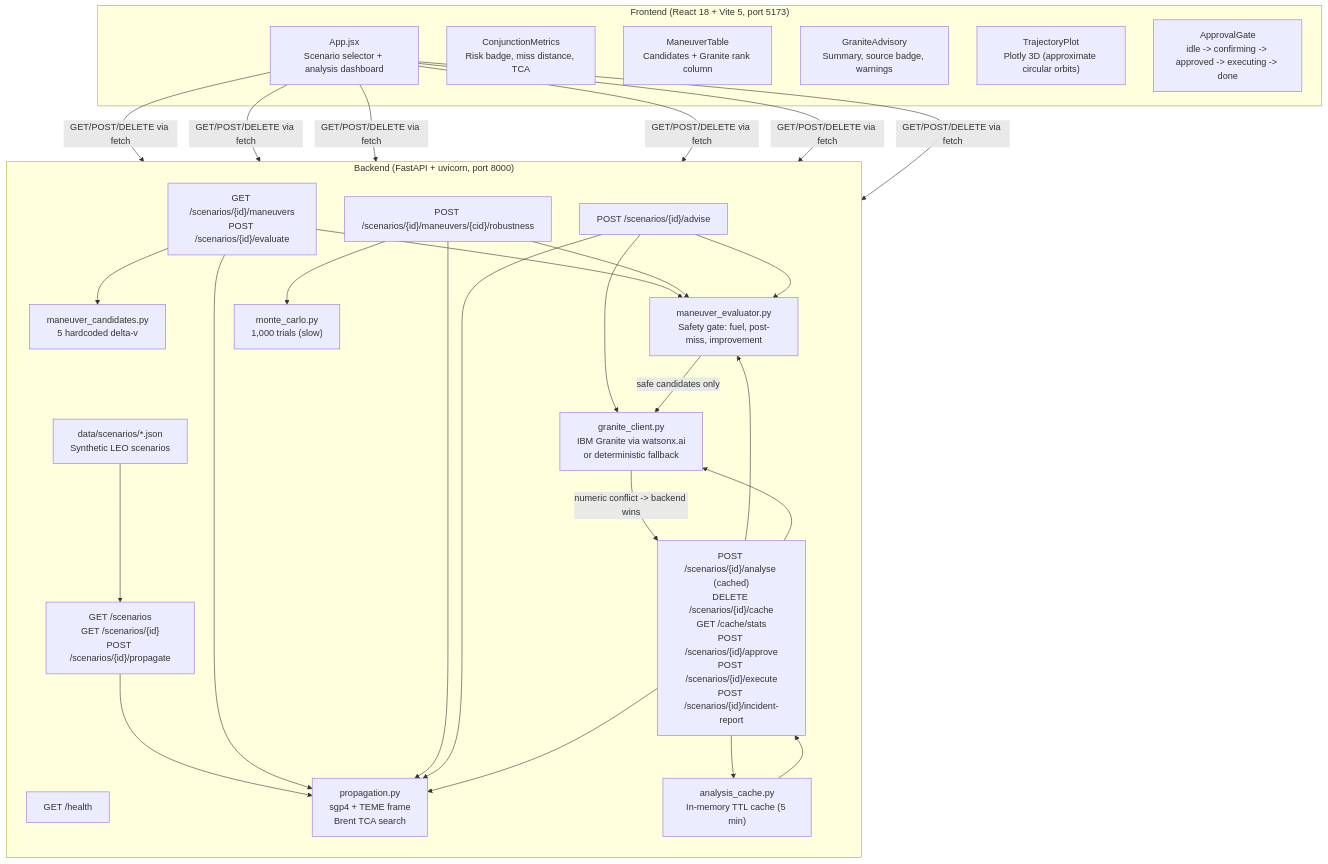
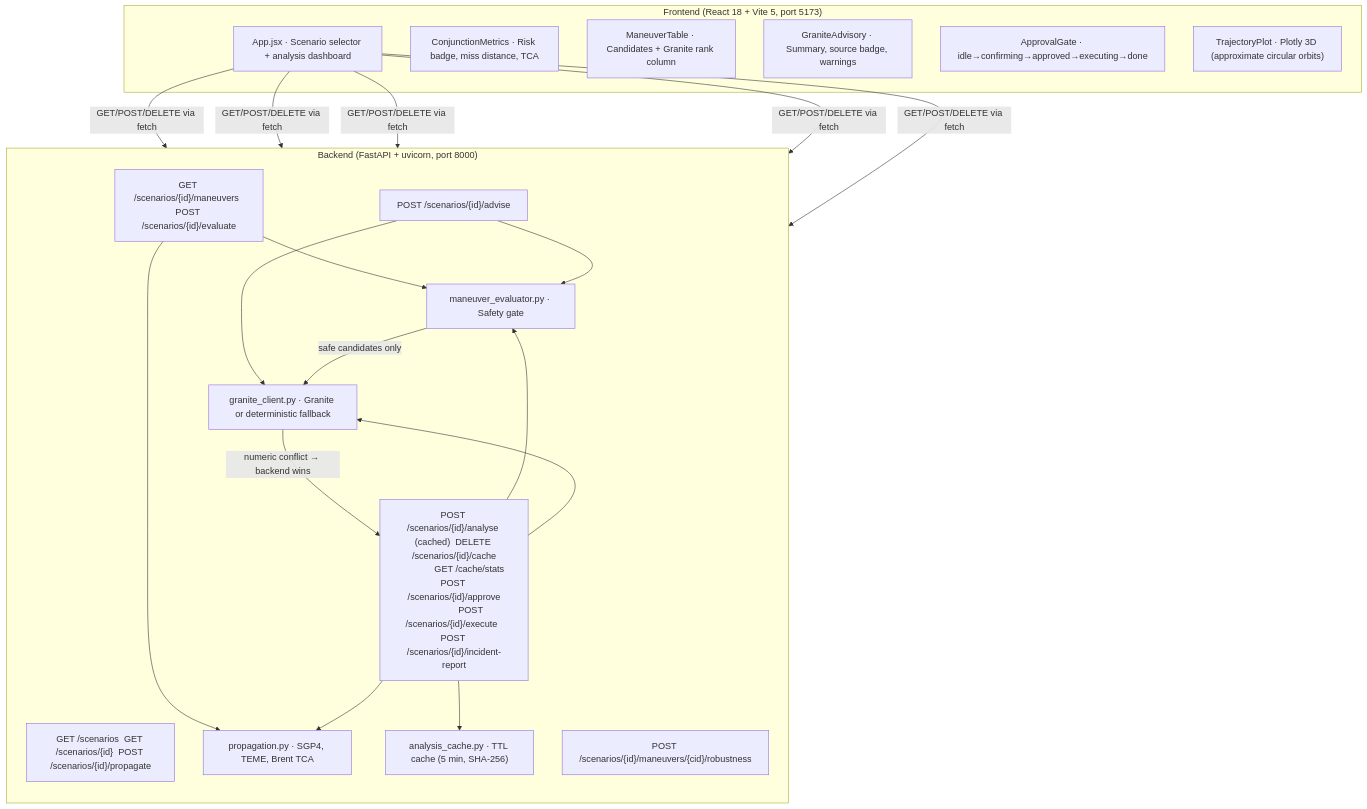
The diagram in README.md (MuskanEjaz/CollisionGuard-AI), drawn with Mermaid before and after one commit. The commit also changed other lines of this file and 2 other files, not shown here.

````diff
--- a/README.md
+++ b/README.md
@@ -202,49 +114,34 @@
 ```mermaid
 flowchart TD
     subgraph Frontend["Frontend (React 18 + Vite 5, port 5173)"]
-        UI["App.jsx\nScenario selector + analysis dashboard"]
-        CM["ConjunctionMetrics\nRisk badge, miss distance, TCA"]
-        MT["ManeuverTable\nCandidates + Granite rank column"]
-        GA["GraniteAdvisory\nSummary, source badge, warnings"]
-        TP["TrajectoryPlot\nPlotly 3D (approximate circular orbits)"]
-        AG["ApprovalGate\nidle -> confirming -> approved -> executing -> done"]
+        UI["App.jsx · Scenario selector + analysis dashboard"]
+        CM["ConjunctionMetrics · Risk badge, miss distance, TCA"]
+        MT["ManeuverTable · Candidates + Granite rank column"]
+        GA["GraniteAdvisory · Summary, source badge, warnings"]
+        AG["ApprovalGate · idle→confirming→approved→executing→done"]
+        TP["TrajectoryPlot · Plotly 3D (approximate circular orbits)"]
     end
 
     subgraph Backend["Backend (FastAPI + uvicorn, port 8000)"]
         direction TB
-        RT_H["GET /health"]
-        RT_S["GET /scenarios\nGET /scenarios/{id}\nPOST /scenarios/{id}/propagate"]
-        RT_M["GET /scenarios/{id}/maneuvers\nPOST /scenarios/{id}/evaluate"]
+        RT_S["GET /scenarios  GET /scenarios/{id}  POST /scenarios/{id}/propagate"]
+        RT_M["GET /scenarios/{id}/maneuvers  POST /scenarios/{id}/evaluate"]
         RT_R["POST /scenarios/{id}/maneuvers/{cid}/robustness"]
         RT_G["POST /scenarios/{id}/advise"]
-        RT_A["POST /scenarios/{id}/analyse (cached)\nDELETE /scenarios/{id}/cache\nGET /cache/stats\nPOST /scenarios/{id}/approve\nPOST /scenarios/{id}/execute\nPOST /scenarios/{id}/incident-report"]
+        RT_A["POST /scenarios/{id}/analyse (cached)  DELETE /scenarios/{id}/cache
+              GET /cache/stats  POST /scenarios/{id}/approve
+              POST /scenarios/{id}/execute  POST /scenarios/{id}/incident-report"]
 
-        PROP["propagation.py\nsgp4 + TEME frame\nBrent TCA search"]
-        CAND["maneuver_candidates.py\n5 hardcoded delta-v"]
-        EVAL["maneuver_evaluator.py\nSafety gate: fuel, post-miss, improvement"]
-        MC["monte_carlo.py\n1,000 trials (slow)"]
-        GC["granite_client.py\nIBM Granite via watsonx.ai\nor deterministic fallback"]
-        CACHE["analysis_cache.py\nIn-memory TTL cache (5 min)"]
-        DATA["data/scenarios/*.json\nSynthetic LEO scenarios"]
+        PROP["propagation.py · SGP4, TEME, Brent TCA"]
+        EVAL["maneuver_evaluator.py · Safety gate"]
+        GC["granite_client.py · Granite or deterministic fallback"]
+        CACHE["analysis_cache.py · TTL cache (5 min, SHA-256)"]
     end
 
-    UI -- "GET/POST/DELETE via fetch" --> RT_H & RT_S & RT_M & RT_R & RT_G & RT_A
-    RT_S --> PROP
-    RT_M --> PROP
-    RT_M --> CAND
-    RT_M --> EVAL
-    RT_R --> PROP
-    RT_R --> EVAL
-    RT_R --> MC
-    RT_G --> PROP
-    RT_G --> EVAL
-    RT_G --> GC
-    RT_A --> CACHE
-    RT_A --> PROP
-    RT_A --> EVAL
-    RT_A --> GC
+    UI -- "GET/POST/DELETE via fetch" --> RT_S & RT_M & RT_R & RT_G & RT_A
+    RT_M --> PROP & EVAL
+    RT_G --> EVAL & GC
+    RT_A --> CACHE & PROP & EVAL & GC
     EVAL -->|"safe candidates only"| GC
-    GC -->|"numeric conflict -> backend wins"| RT_A
-    DATA --> RT_S
-    CACHE --> RT_A
+    GC -->|"numeric conflict → backend wins"| RT_A
 ```
````
